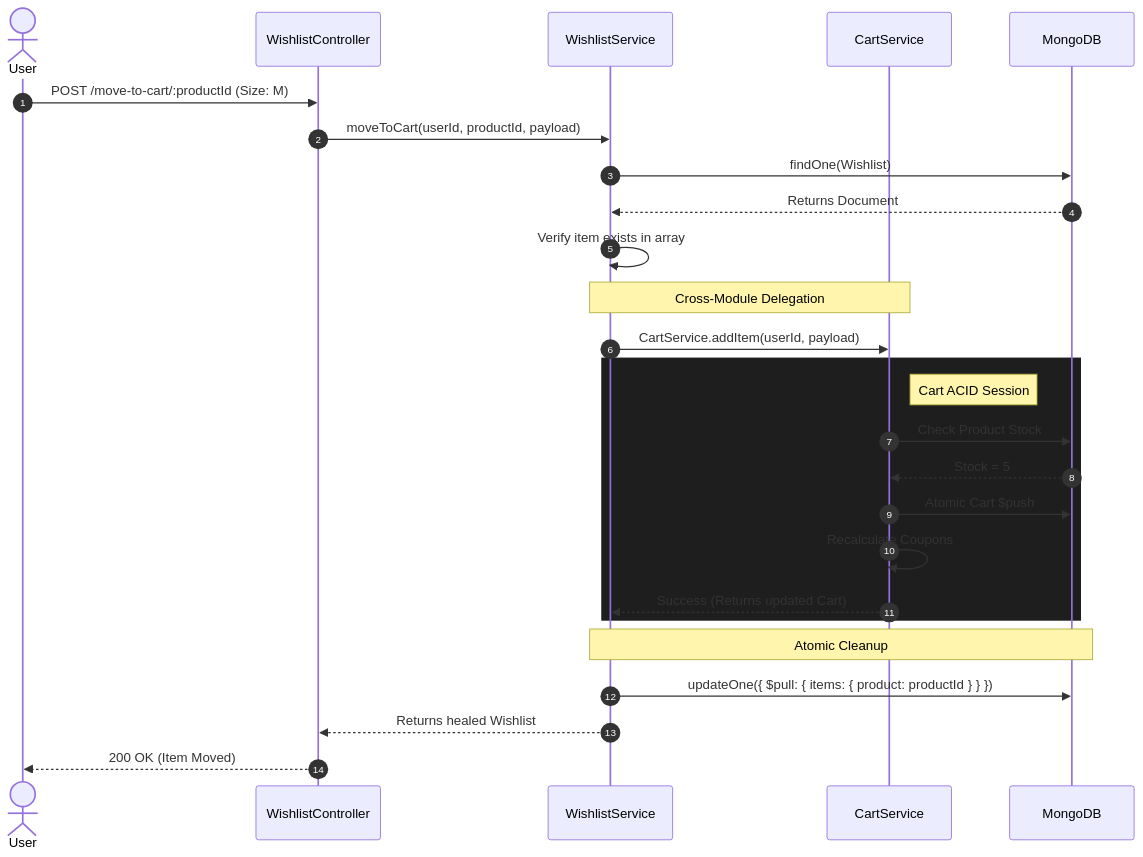
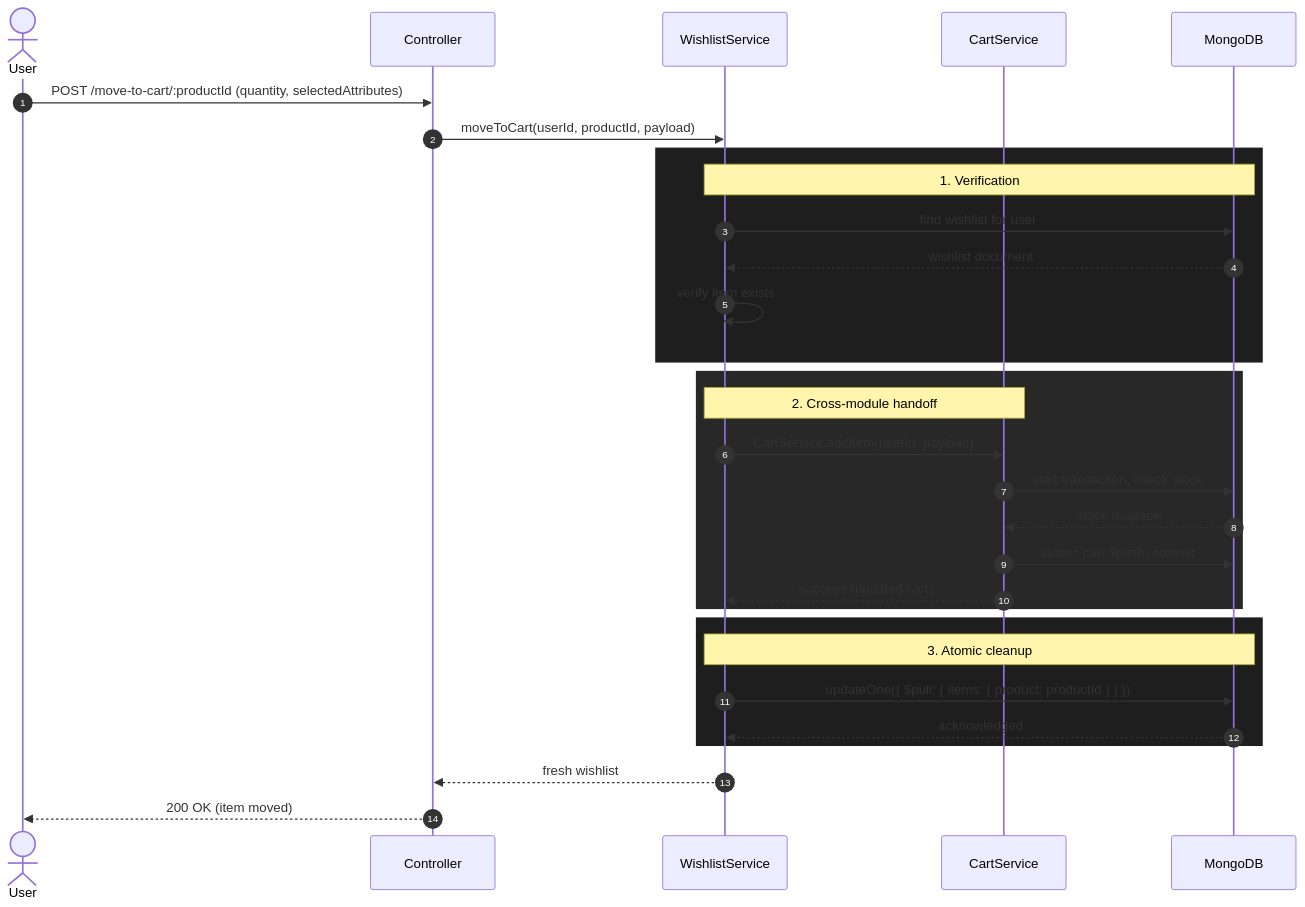
One commit to Afzal14786/reshma-core changed the diagram in docs/modules/wishlist-module.md. Above: the diagram before and after it, drawn with Mermaid. The commit also changed other lines of this file and 12 other files, not shown here.

````diff
--- a/docs/modules/wishlist-module.md
+++ b/docs/modules/wishlist-module.md
@@ -92,37 +146,37 @@
 ```mermaid
 sequenceDiagram
     autonumber
     actor User
-    participant WishlistController
+    participant Controller
     participant WishlistService
     participant CartService
     participant MongoDB
 
-    User->>WishlistController: POST /move-to-cart/:productId (Size: M)
-    WishlistController->>WishlistService: moveToCart(userId, productId, payload)
+    User->>Controller: POST /move-to-cart/:productId (quantity, selectedAttributes)
+    Controller->>WishlistService: moveToCart(userId, productId, payload)
     
-    %% Verification Phase
-    WishlistService->>MongoDB: findOne(Wishlist)
-    MongoDB-->>WishlistService: Returns Document
-    WishlistService->>WishlistService: Verify item exists in array
-
-    %% Cross-Module Handoff
-    Note over WishlistService, CartService: Cross-Module Delegation
-    WishlistService->>CartService: CartService.addItem(userId, payload)
-    
-    %% Cart ACID Transaction
-    rect rgb(30, 30, 30)
-        Note right of CartService: Cart ACID Session
-        CartService->>MongoDB: Check Product Stock
-        MongoDB-->>CartService: Stock = 5
-        CartService->>MongoDB: Atomic Cart $push
-        CartService->>CartService: Recalculate Coupons
-        CartService-->>WishlistService: Success (Returns updated Cart)
+    rect rgb(30,30,30)
+        Note over WishlistService,MongoDB: 1. Verification
+        WishlistService->>MongoDB: find wishlist for user
+        MongoDB-->>WishlistService: wishlist document
+        WishlistService->>WishlistService: verify item exists
     end
 
-    %% Wishlist Cleanup
-    Note over WishlistService, MongoDB: Atomic Cleanup
-    WishlistService->>MongoDB: updateOne({ $pull: { items: { product: productId } } })
-    WishlistService-->>WishlistController: Returns healed Wishlist
-    WishlistController-->>User: 200 OK (Item Moved)
+    rect rgb(40,40,40)
+        Note over WishlistService,CartService: 2. Cross‑module handoff
+        WishlistService->>CartService: CartService.addItem(userId, payload)
+        CartService->>MongoDB: start transaction, check stock
+        MongoDB-->>CartService: stock available
+        CartService->>MongoDB: atomic cart $push, commit
+        CartService-->>WishlistService: success (updated cart)
+    end
+
+    rect rgb(30,30,30)
+        Note over WishlistService,MongoDB: 3. Atomic cleanup
+        WishlistService->>MongoDB: updateOne({ $pull: { items: { product: productId } } })
+        MongoDB-->>WishlistService: acknowledged
+    end
+
+    WishlistService-->>Controller: fresh wishlist
+    Controller-->>User: 200 OK (item moved)
 ```  
````
